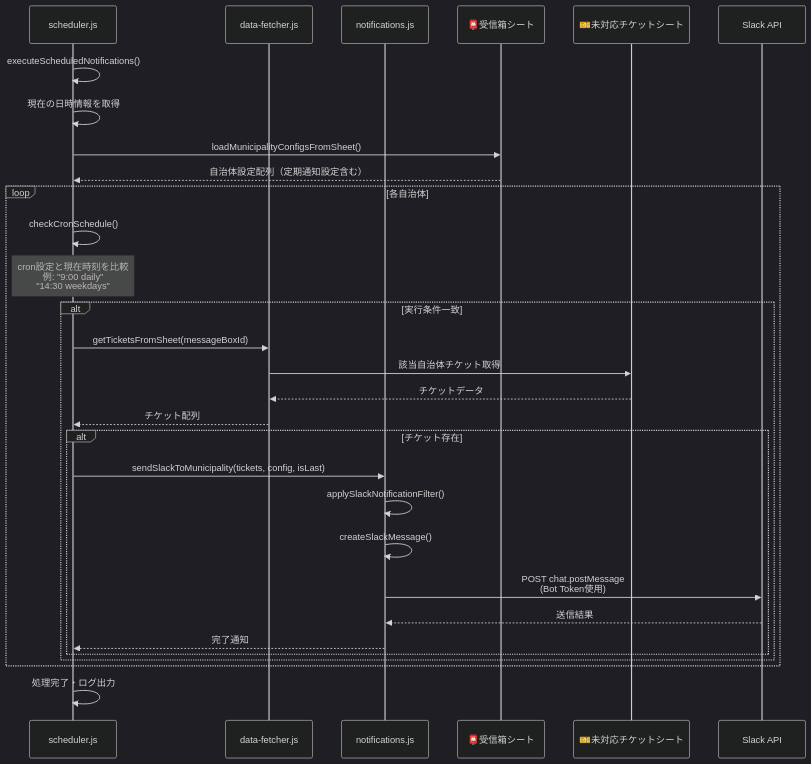
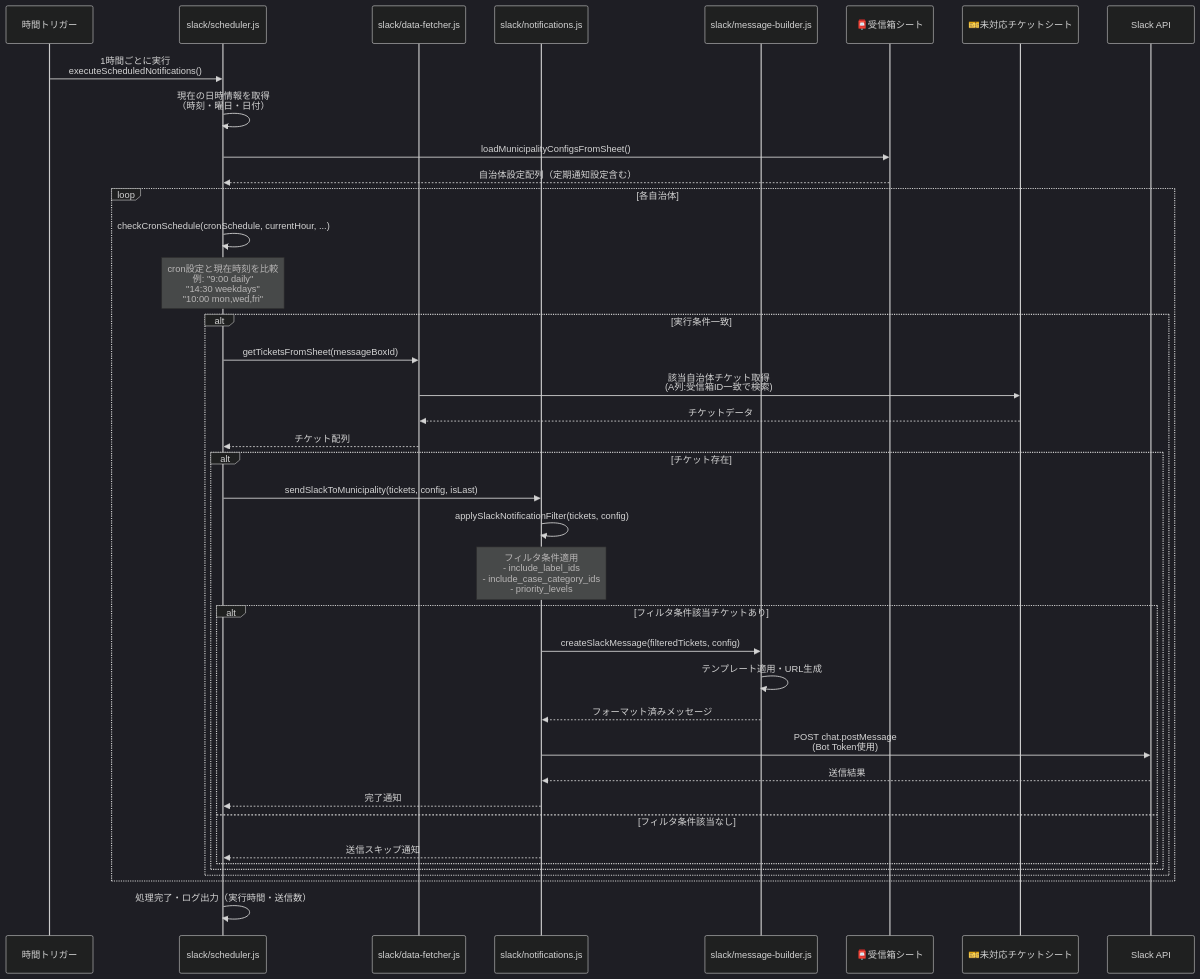
Before and after one commit to steamship-inc/relation-bot: the sixth of 10 diagrams in docs/sequence-diagrams.md, drawn with Mermaid (dark theme). The commit also changed other lines of this file, not shown here.

````diff
--- a/docs/sequence-diagrams.md
+++ b/docs/sequence-diagrams.md
@@ -190,40 +190,50 @@
 ```mermaid
 sequenceDiagram
-    participant Scheduler as scheduler.js
-    participant DataFetcher as data-fetcher.js
-    participant Notifications as notifications.js
+    participant Trigger as 時間トリガー
+    participant Scheduler as slack/scheduler.js
+    participant DataFetcher as slack/data-fetcher.js
+    participant Notifications as slack/notifications.js
+    participant MessageBuilder as slack/message-builder.js
     participant Sheet as 📮受信箱シート
     participant TicketSheet as 🎫未対応チケットシート
     participant Slack as Slack API
     
     %% 定期実行開始
-    Scheduler->>Scheduler: executeScheduledNotifications()
-    Scheduler->>Scheduler: 現在の日時情報を取得
+    Trigger->>Scheduler: 1時間ごとに実行<br/>executeScheduledNotifications()
+    Scheduler->>Scheduler: 現在の日時情報を取得<br/>（時刻・曜日・日付）
     
     %% 自治体設定取得
     Scheduler->>Sheet: loadMunicipalityConfigsFromSheet()
     Sheet-->>Scheduler: 自治体設定配列（定期通知設定含む）
     
     loop 各自治体
-        Scheduler->>Scheduler: checkCronSchedule()
-        Note over Scheduler: cron設定と現在時刻を比較<br/>例: "9:00 daily"<br/>"14:30 weekdays"
+        Scheduler->>Scheduler: checkCronSchedule(cronSchedule, currentHour, ...)
+        Note over Scheduler: cron設定と現在時刻を比較<br/>例: "9:00 daily"<br/>"14:30 weekdays"<br/>"10:00 mon,wed,fri"
         
         alt 実行条件一致
             Scheduler->>DataFetcher: getTicketsFromSheet(messageBoxId)
-            DataFetcher->>TicketSheet: 該当自治体チケット取得
+            DataFetcher->>TicketSheet: 該当自治体チケット取得<br/>(A列:受信箱ID一致で検索)
             TicketSheet-->>DataFetcher: チケットデータ
             DataFetcher-->>Scheduler: チケット配列
             
             alt チケット存在
                 Scheduler->>Notifications: sendSlackToMunicipality(tickets, config, isLast)
-                Notifications->>Notifications: applySlackNotificationFilter()
-                Notifications->>Notifications: createSlackMessage()
-                Notifications->>Slack: POST chat.postMessage<br/>(Bot Token使用)
-                Slack-->>Notifications: 送信結果
-                Notifications-->>Scheduler: 完了通知
+                Notifications->>Notifications: applySlackNotificationFilter(tickets, config)
+                Note over Notifications: フィルタ条件適用<br/>- include_label_ids<br/>- include_case_category_ids<br/>- priority_levels
+                
+                alt フィルタ条件該当チケットあり
+                    Notifications->>MessageBuilder: createSlackMessage(filteredTickets, config)
+                    MessageBuilder->>MessageBuilder: テンプレート適用・URL生成
+                    MessageBuilder-->>Notifications: フォーマット済みメッセージ
+                    Notifications->>Slack: POST chat.postMessage<br/>(Bot Token使用)
+                    Slack-->>Notifications: 送信結果
+                    Notifications-->>Scheduler: 完了通知
+                else フィルタ条件該当なし
+                    Notifications-->>Scheduler: 送信スキップ通知
+                end
             end
         end
     end
     
-    Scheduler->>Scheduler: 処理完了・ログ出力
+    Scheduler->>Scheduler: 処理完了・ログ出力（実行時間・送信数）
 ```
````
